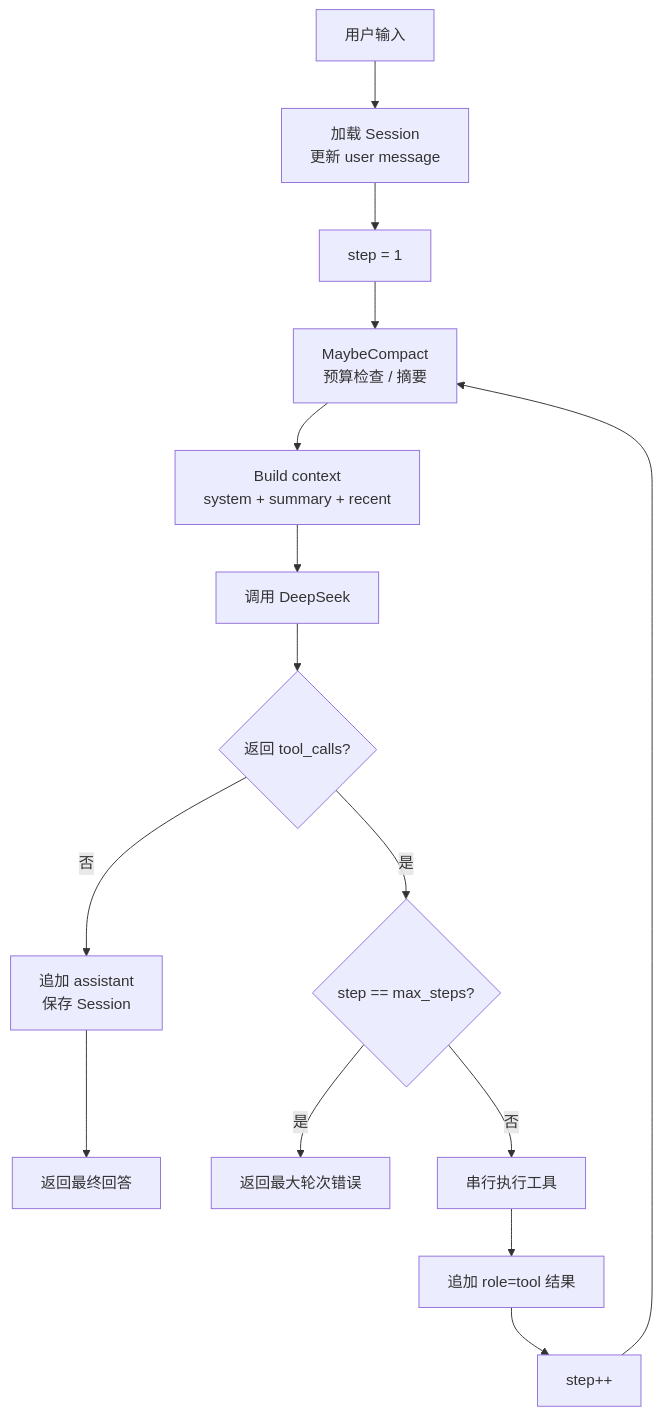
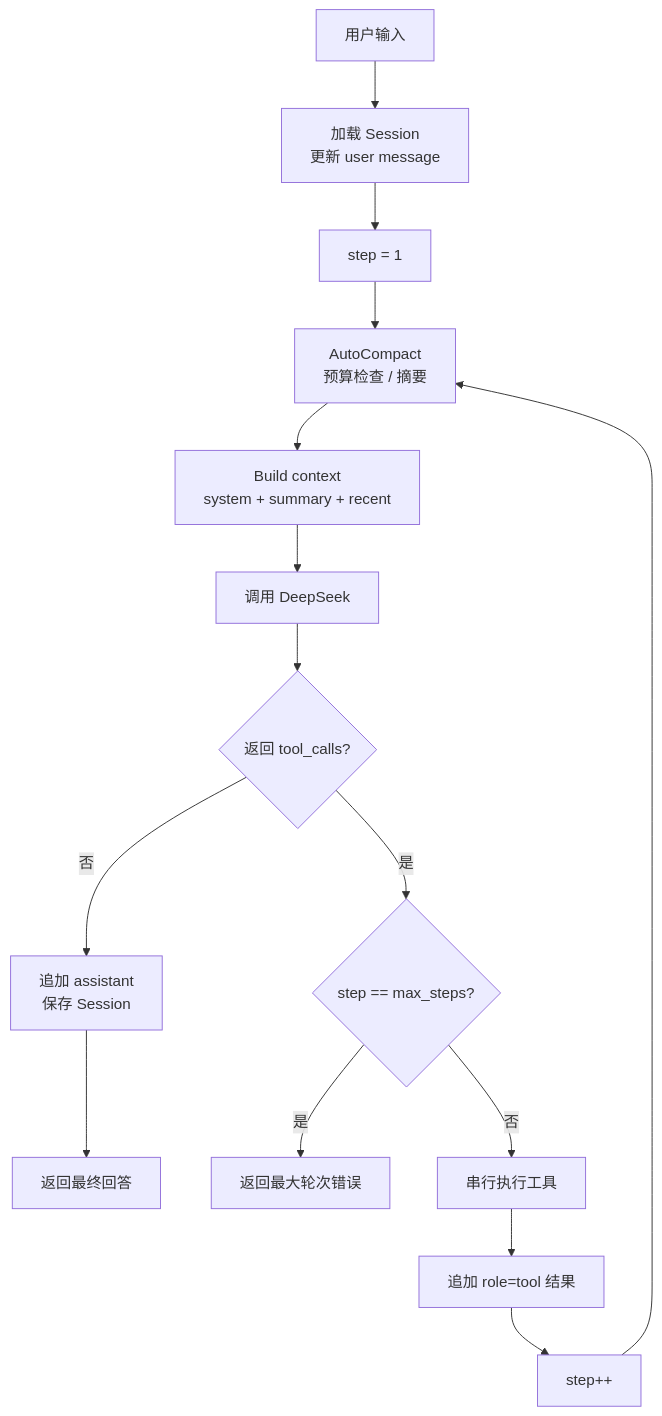
One commit to Goblin-Master/goblin changed the first of 2 diagrams in README.md. Above: the diagram before and after it, drawn with Mermaid. The commit also changed other lines of this file and 9 other files, not shown here.

````diff
--- a/README.md
+++ b/README.md
@@ -44,17 +44,17 @@
 ```mermaid
 flowchart TD
     A["用户输入"] --> B["加载 Session<br/>更新 user message"]
     B --> C["step = 1"]
-    C --> D["MaybeCompact<br/>预算检查 / 摘要"]
+    C --> D["AutoCompact<br/>预算检查 / 摘要"]
     D --> E["Build context<br/>system + summary + recent"]
     E --> F["调用 DeepSeek"]
     F --> G{"返回 tool_calls?"}
     G -- "否" --> H["追加 assistant<br/>保存 Session"]
     H --> I["返回最终回答"]
     G -- "是" --> J{"step == max_steps?"}
     J -- "是" --> K["返回最大轮次错误"]
     J -- "否" --> L["串行执行工具"]
     L --> M["追加 role=tool 结果"]
     M --> N["step++"]
     N --> D
 ```
````
